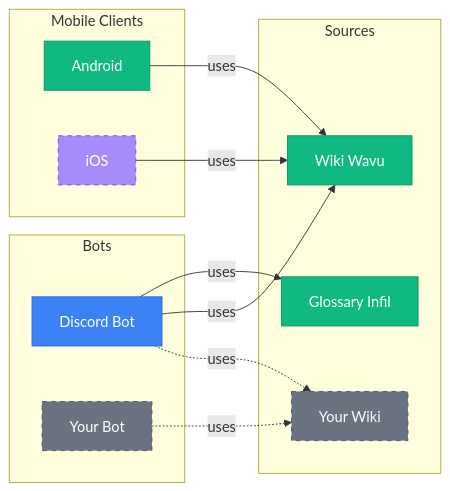
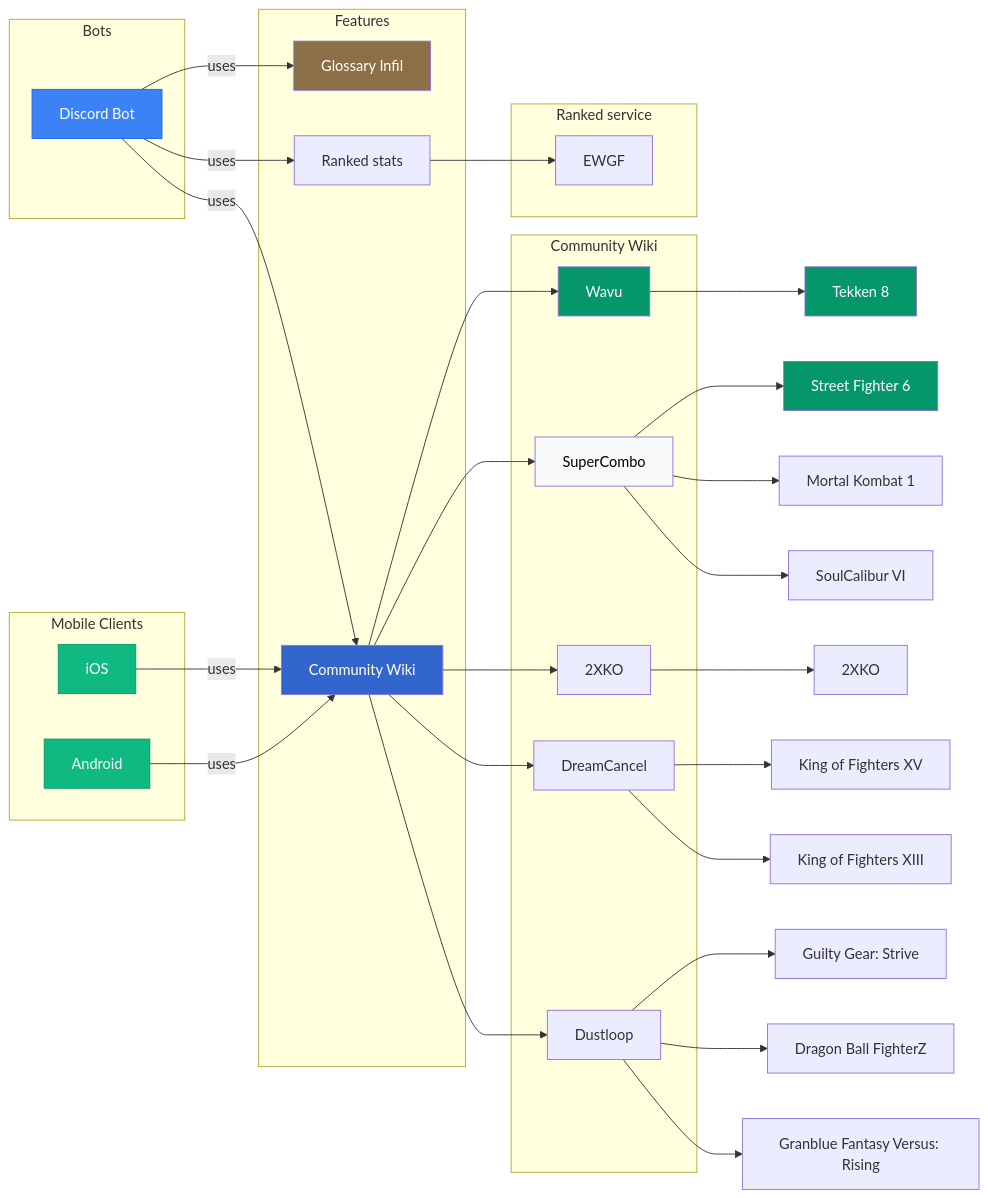
One commit to Sophon/FightingNerd changed the diagram in mermaid/modules.mmd. Above: the diagram before and after it, drawn with Mermaid. The commit also changed 98 other files, not shown here.

```diff
--- a/mermaid/modules.mmd
+++ b/mermaid/modules.mmd
@@ -1,34 +1,64 @@
 graph LR
     subgraph Bots
         discordBot[Discord Bot]
-        yourBot[Your Bot]
     end
 
     subgraph "Mobile Clients"
         android[Android]
         iOS[iOS]
     end
 
-    subgraph Sources
+    subgraph Features
         glossaryInfil[Glossary Infil]
-        wikiWavu[Wiki Wavu]
-        yourWiki[Your Wiki]
+        communityWiki[Community Wiki]
+        elo[Ranked stats]
     end
 
+    subgraph Community Wiki
+        wikiWavu[Wavu]
+        supercombo[SuperCombo]
+        2xko[2XKO]
+        dustloop[Dustloop]
+        dreamcancel[DreamCancel]
+    end
+
+    subgraph Ranked service
+        ewgf[EWGF]
+    end
+
+    android -->|uses| communityWiki
+    iOS -->|uses| communityWiki
+
     discordBot -->|uses| glossaryInfil
-    discordBot -->|uses| wikiWavu
-    discordBot -.->|uses| yourWiki
+    discordBot -->|uses| communityWiki
+    discordBot -->|uses| elo
 
-    yourBot -.->|uses| yourWiki
+    communityWiki --> wikiWavu
+    communityWiki --> supercombo
+    communityWiki --> 2xko
+    communityWiki --> dreamcancel
+    communityWiki --> dustloop
 
-    android -->|uses| wikiWavu
+    elo --> ewgf
 
-    iOS -->|uses| wikiWavu
+    wikiWavu --> t8[Tekken 8]
+    supercombo --> sf6[Street Fighter 6]
+    supercombo --> mk1[Mortal Kombat 1]
+    supercombo --> sc6[SoulCalibur VI]
+    dustloop --> ggst[Guilty Gear: Strive]
+    dustloop --> dbfz[Dragon Ball FighterZ]
+    dustloop --> gbvsr[Granblue Fantasy Versus: Rising]
+    2xko --> xko[2XKO]
+    dreamcancel --> kof15[King of Fighters XV]
+    dreamcancel --> kof13[King of Fighters XIII]
+
 
     style discordBot fill:#3B82F6,stroke:#2563EB,color:#fff
-    style yourBot fill:#6B7280,stroke:#4B5563,color:#fff,stroke-dasharray: 5 5
     style android fill:#10B981,stroke:#059669,color:#fff
-    style iOS fill:#A78BFA,stroke:#7C3AED,color:#fff,stroke-dasharray: 5 5
-    style glossaryInfil fill:#10B981,stroke:#059669,color:#fff
-    style wikiWavu fill:#10B981,stroke:#059669,color:#fff
-    style yourWiki fill:#6B7280,stroke:#4B5563,color:#fff,stroke-dasharray: 5 5
+    style iOS fill:#10B981,stroke:#059669,color:#fff
+    style glossaryInfil fill:#8B6F47,color:#fff
+    style communityWiki fill:#3366CC,color:#fff
+    style wikiWavu fill:#059669,color:#fff
+    style supercombo fill:#F8F9FA,color:#000000
+    style t8 fill:#059669, color:#fff
+    style sf6 fill:#059669, color:#fff
```
